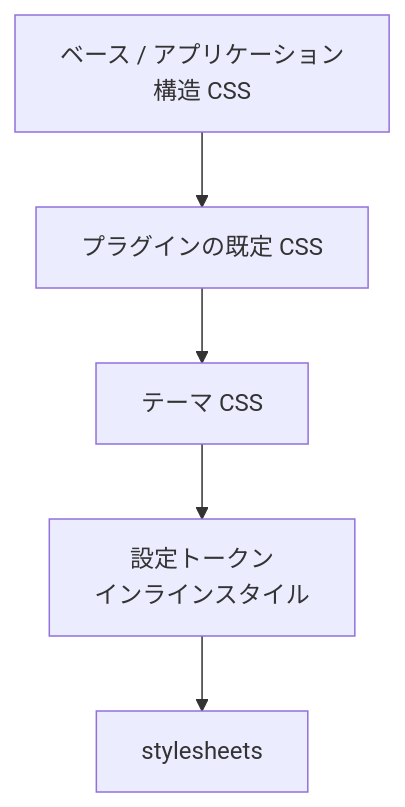
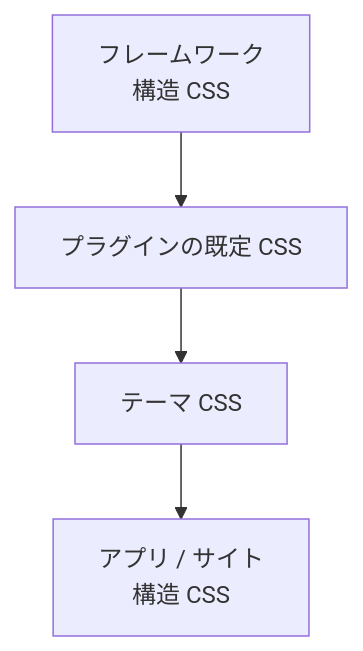
Before and after one commit to Rerurate514/riebeckite: the first of 2 diagrams in docs/docs/framework/theme-system/css.ja.md, drawn with Mermaid. The commit also changed other lines of this file and 36 other files, not shown here.

````diff
--- a/docs/docs/framework/theme-system/css.ja.md
+++ b/docs/docs/framework/theme-system/css.ja.md
@@ -197,13 +195,11 @@
 ```mermaid id="e5j94x"
 flowchart TD
-    Base["ベース / アプリケーション<br/>構造 CSS"]
+    Framework["フレームワーク<br/>構造 CSS"]
     Plugin["プラグインの既定 CSS"]
     Theme["テーマ CSS"]
-    Token["設定トークン<br/>インラインスタイル"]
-    User["stylesheets"]
+    App["アプリ / サイト<br/>構造 CSS"]
 
-    Base --> Plugin
+    Framework --> Plugin
     Plugin --> Theme
-    Theme --> Token
-    Token --> User
+    Theme --> App
 ```
````
